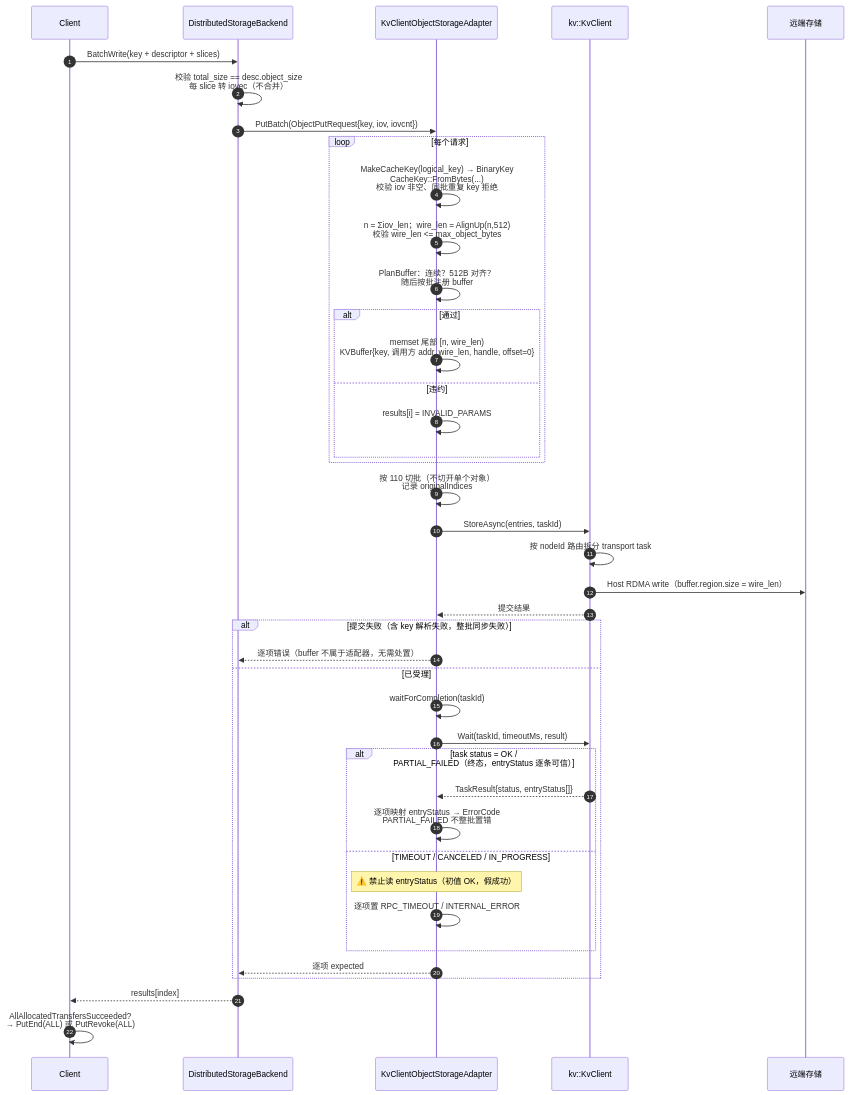
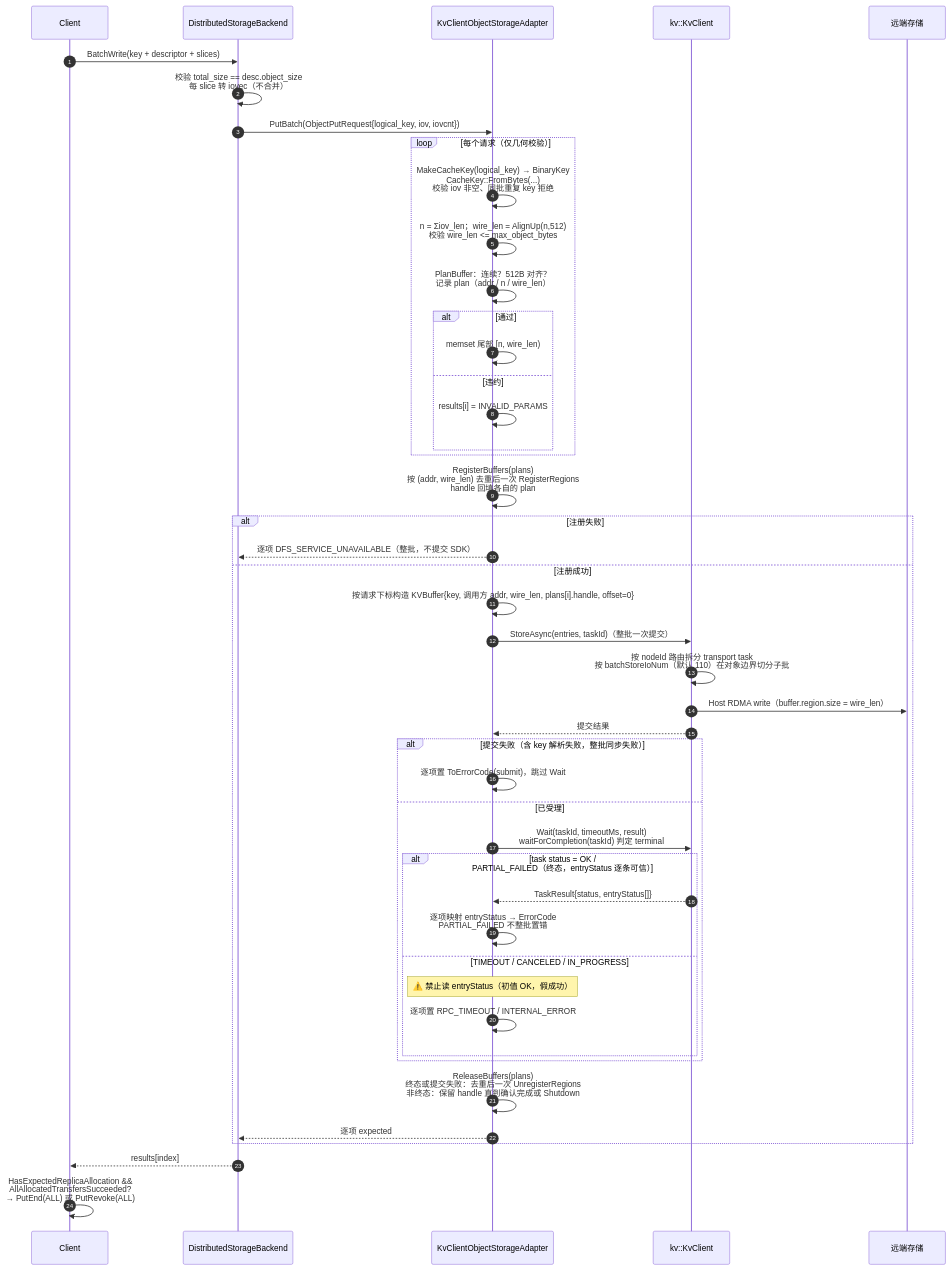
One commit to zwj20000328-dotcom/Mooncake-documents changed the ninth of 13 diagrams in Mooncake + KVClient L3 接入（Kvcs）- v3.md. Above: the diagram before and after it, drawn with Mermaid. The commit also changed other lines of this file, not shown here.

Commit message:
docs: align diagrams and code paths with per-batch registration semantics

````diff
--- a/Mooncake + KVClient L3 接入（Kvcs）- v3.md
+++ b/Mooncake + KVClient L3 接入（Kvcs）- v3.md
@@ -581,44 +594,49 @@
 ```mermaid
 sequenceDiagram
     autonumber
     participant C as Client
     participant BE as DistributedStorageBackend
     participant AD as KvClientObjectStorageAdapter
     participant SDK as kv::KvClient
     participant S as 远端存储
 
     C->>BE: BatchWrite(key + descriptor + slices)
     BE->>BE: 校验 total_size == desc.object_size<br/>每 slice 转 iovec（不合并）
-    BE->>AD: PutBatch(ObjectPutRequest{key, iov, iovcnt})
-    loop 每个请求
+    BE->>AD: PutBatch(ObjectPutRequest{logical_key, iov, iovcnt})
+    loop 每个请求（仅几何校验）
         AD->>AD: MakeCacheKey(logical_key) → BinaryKey<br/>CacheKey::FromBytes(...)<br/>校验 iov 非空、同批重复 key 拒绝
         AD->>AD: n = Σiov_len；wire_len = AlignUp(n,512)<br/>校验 wire_len <= max_object_bytes
-        AD->>AD: PlanBuffer：连续？512B 对齐？<br/>随后按批注册 buffer
+        AD->>AD: PlanBuffer：连续？512B 对齐？<br/>记录 plan（addr / n / wire_len）
         alt 通过
-            AD->>AD: memset 尾部 [n, wire_len)<br/>KVBuffer{key, 调用方 addr, wire_len, handle, offset=0}
+            AD->>AD: memset 尾部 [n, wire_len)
         else 违约
             AD->>AD: results[i] = INVALID_PARAMS
         end
     end
-    AD->>AD: 按 110 切批（不切开单个对象）<br/>记录 originalIndices
-    AD->>SDK: StoreAsync(entries, taskId)
-    SDK->>SDK: 按 nodeId 路由拆分 transport task
-    SDK->>S: Host RDMA write（buffer.region.size = wire_len）
-    SDK-->>AD: 提交结果
-    alt 提交失败（含 key 解析失败，整批同步失败）
-        AD-->>BE: 逐项错误（buffer 不属于适配器，无需处置）
-    else 已受理
-        AD->>AD: waitForCompletion(taskId)
-        AD->>SDK: Wait(taskId, timeoutMs, result)
-        alt task status = OK / PARTIAL_FAILED（终态，entryStatus 逐条可信）
-            SDK-->>AD: TaskResult{status, entryStatus[]}
-            AD->>AD: 逐项映射 entryStatus → ErrorCode<br/>PARTIAL_FAILED 不整批置错
-        else TIMEOUT / CANCELED / IN_PROGRESS
-            Note over AD: ⚠️ 禁止读 entryStatus（初值 OK，假成功）
-            AD->>AD: 逐项置 RPC_TIMEOUT / INTERNAL_ERROR
+    AD->>AD: RegisterBuffers(plans)<br/>按 (addr, wire_len) 去重后一次 RegisterRegions<br/>handle 回填各自的 plan
+    alt 注册失败
+        AD-->>BE: 逐项 DFS_SERVICE_UNAVAILABLE（整批，不提交 SDK）
+    else 注册成功
+        AD->>AD: 按请求下标构造 KVBuffer{key, 调用方 addr, wire_len, plans[i].handle, offset=0}
+        AD->>SDK: StoreAsync(entries, taskId)（整批一次提交）
+        SDK->>SDK: 按 nodeId 路由拆分 transport task<br/>按 batchStoreIoNum（默认 110）在对象边界切分子批
+        SDK->>S: Host RDMA write（buffer.region.size = wire_len）
+        SDK-->>AD: 提交结果
+        alt 提交失败（含 key 解析失败，整批同步失败）
+            AD->>AD: 逐项置 ToErrorCode(submit)，跳过 Wait
+        else 已受理
+            AD->>SDK: Wait(taskId, timeoutMs, result)<br/>waitForCompletion(taskId) 判定 terminal
+            alt task status = OK / PARTIAL_FAILED（终态，entryStatus 逐条可信）
+                SDK-->>AD: TaskResult{status, entryStatus[]}
+                AD->>AD: 逐项映射 entryStatus → ErrorCode<br/>PARTIAL_FAILED 不整批置错
+            else TIMEOUT / CANCELED / IN_PROGRESS
+                Note over AD: ⚠️ 禁止读 entryStatus（初值 OK，假成功）
+                AD->>AD: 逐项置 RPC_TIMEOUT / INTERNAL_ERROR
+            end
         end
+        AD->>AD: ReleaseBuffers(plans)<br/>终态或提交失败：去重后一次 UnregisterRegions<br/>非终态：保留 handle 直到确认完成或 Shutdown
         AD-->>BE: 逐项 expected
     end
     BE-->>C: results[index]
-    C->>C: AllAllocatedTransfersSucceeded?<br/>→ PutEnd(ALL) 或 PutRevoke(ALL)
+    C->>C: HasExpectedReplicaAllocation &&<br/>AllAllocatedTransfersSucceeded?<br/>→ PutEnd(ALL) 或 PutRevoke(ALL)
 ```
````
